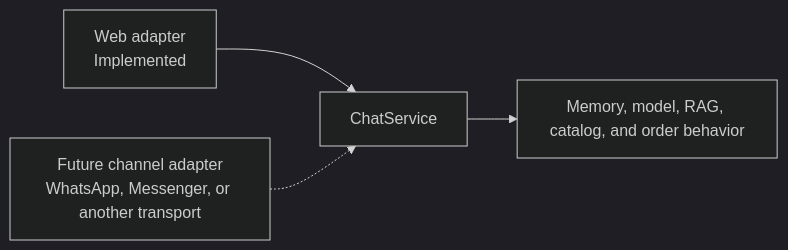
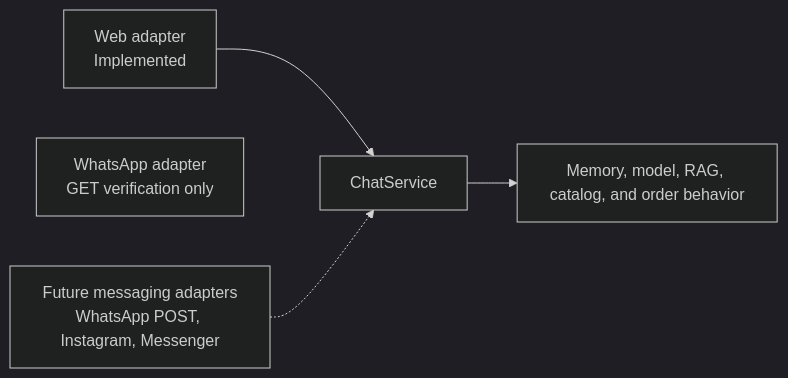
Before and after one commit to juanjosechiroque/nestjs-multichannel-ai-chatbot-engine: the fifth of 5 diagrams in ARCHITECTURE.md, drawn with Mermaid (dark theme). The commit also changed other lines of this file and 12 other files, not shown here.

Commit message:
feat: add whatsapp webhook verification

````diff
--- a/ARCHITECTURE.md
+++ b/ARCHITECTURE.md
@@ -264,6 +267,7 @@
 ```mermaid
 flowchart LR
     web["Web adapter<br/>Implemented"] --> chat["ChatService"]
-    future["Future channel adapter<br/>WhatsApp, Messenger, or another transport"] -.-> chat
+    whatsapp["WhatsApp adapter<br/>GET verification only"]
+    future["Future messaging adapters<br/>WhatsApp POST, Instagram, Messenger"] -.-> chat
     chat --> behavior["Memory, model, RAG, catalog, and order behavior"]
 ```
````
